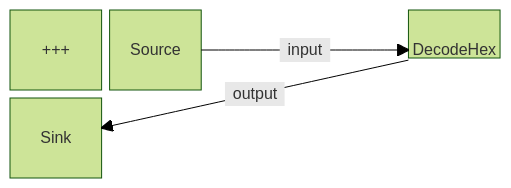
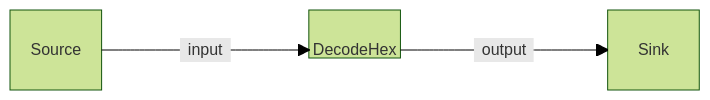
One commit to AsimovPlatform/protoflow changed the seventh of 24 diagrams in README.md. Above: the diagram before and after it, drawn with Mermaid (forest theme).

````diff
--- a/README.md
+++ b/README.md
@@ -281,14 +281,13 @@
 ```mermaid
 block-beta
     columns 7
-    +++
     Source space:2 DecodeHex space:2 Sink
     Source-- "input" -->DecodeHex
     DecodeHex-- "output" -->Sink
 
     classDef block height:48px,padding:8px;
     classDef hidden visibility:none;
     class DecodeHex block
     class Source hidden
     class Sink hidden
 ```
````
